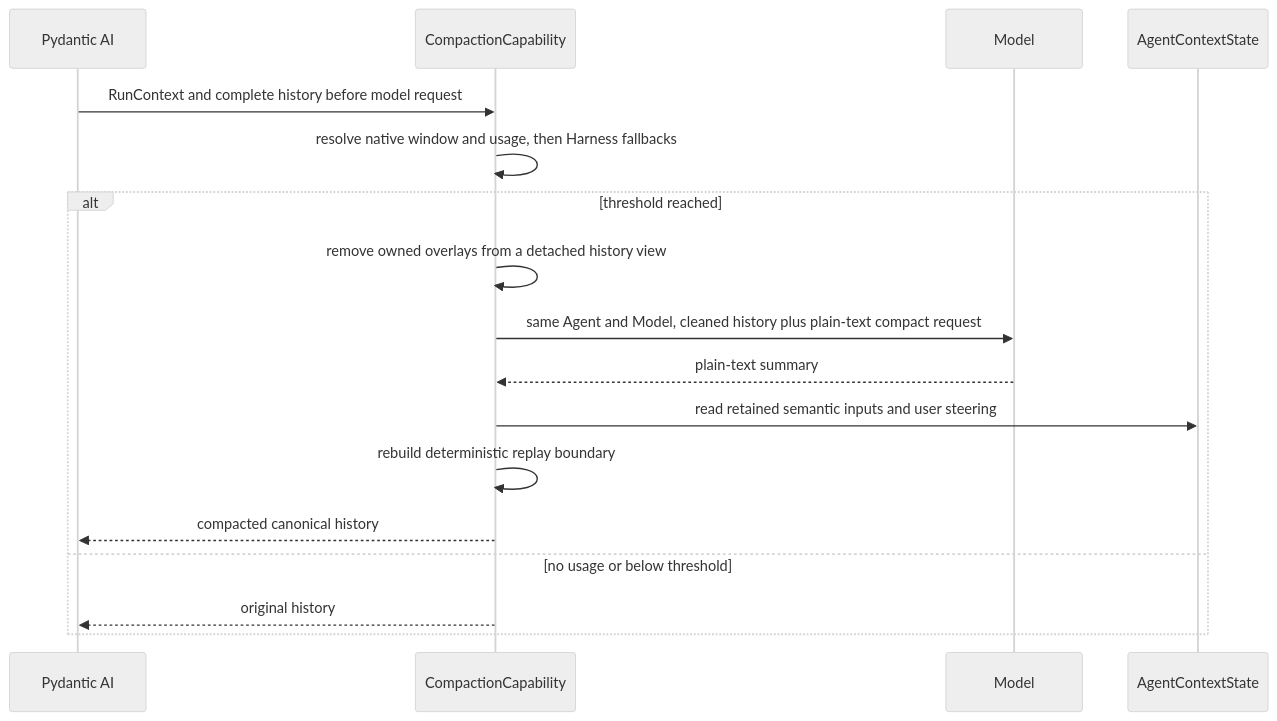
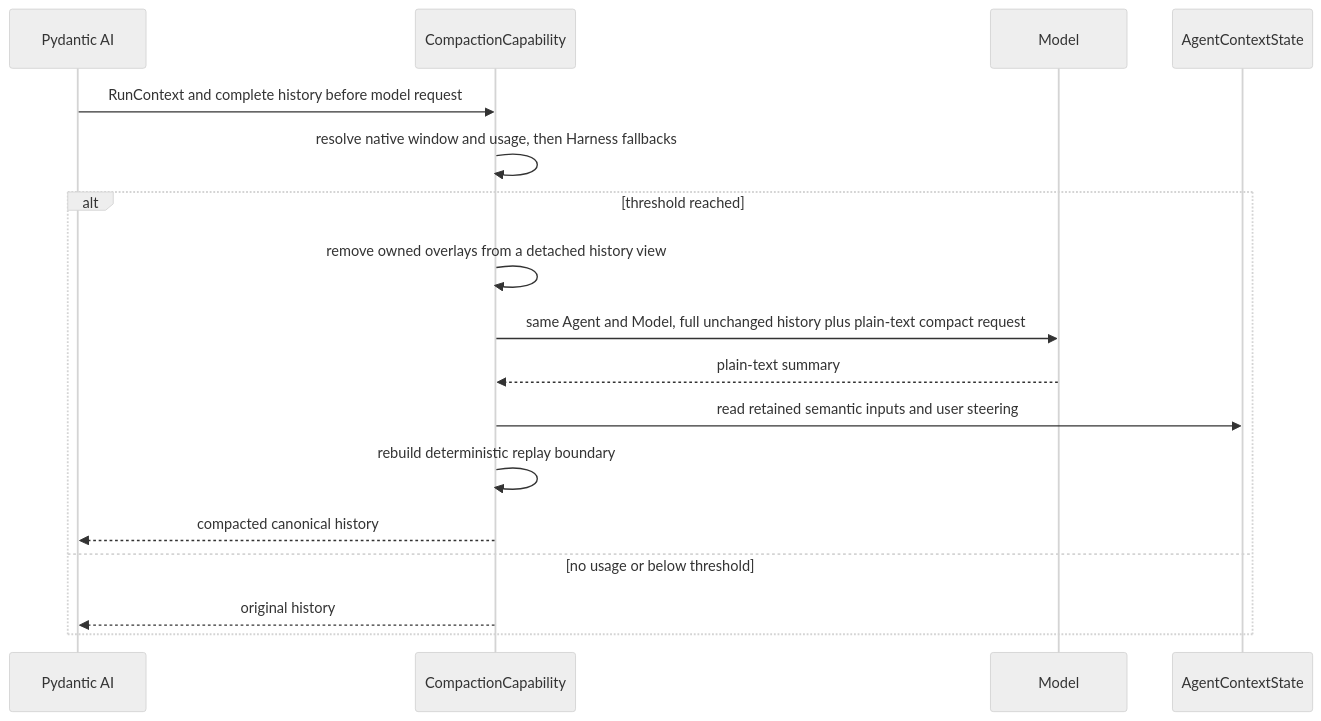
One commit to LTThreeComma/agent-foundation changed the second of 2 diagrams in spec/a13n-harness/09-context-and-memory.md. Above: the diagram before and after it, drawn with Mermaid (neutral theme). The commit also changed other lines of this file and 15 other files, not shown here.

````diff
--- a/spec/a13n-harness/09-context-and-memory.md
+++ b/spec/a13n-harness/09-context-and-memory.md
@@ -320,20 +320,20 @@
 ```mermaid
 sequenceDiagram
     participant PAI as Pydantic AI
     participant Compact as CompactionCapability
     participant Model
     participant State as AgentContextState
 
     PAI->>Compact: RunContext and complete history before model request
     Compact->>Compact: resolve native window and usage, then Harness fallbacks
     alt threshold reached
         Compact->>Compact: remove owned overlays from a detached history view
-        Compact->>Model: same Agent and Model, cleaned history plus plain-text compact request
+        Compact->>Model: same Agent and Model, full unchanged history plus plain-text compact request
         Model-->>Compact: plain-text summary
         Compact->>State: read retained semantic inputs and user steering
         Compact->>Compact: rebuild deterministic replay boundary
         Compact-->>PAI: compacted canonical history
     else no usage or below threshold
         Compact-->>PAI: original history
     end
 ```
````
